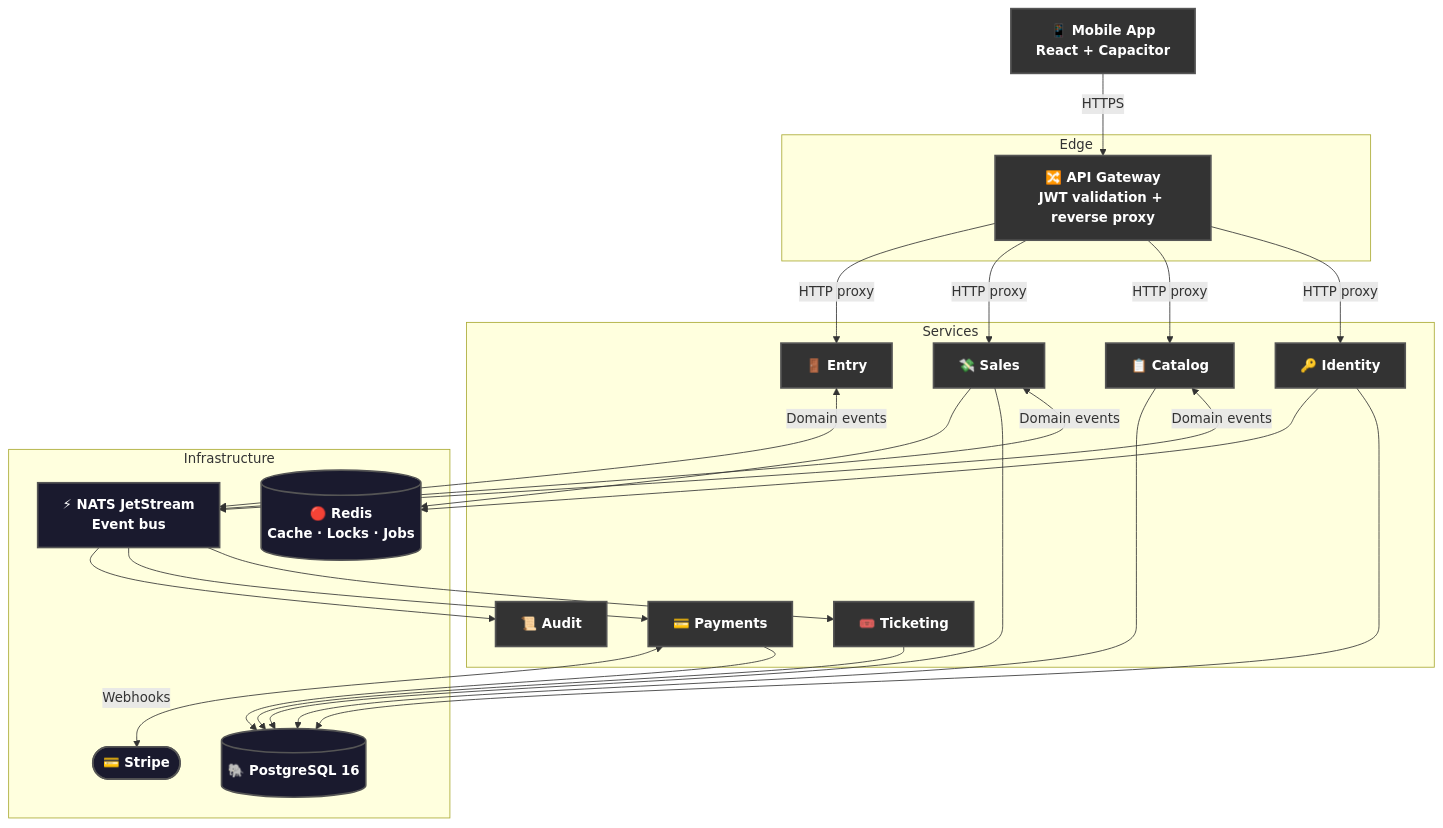
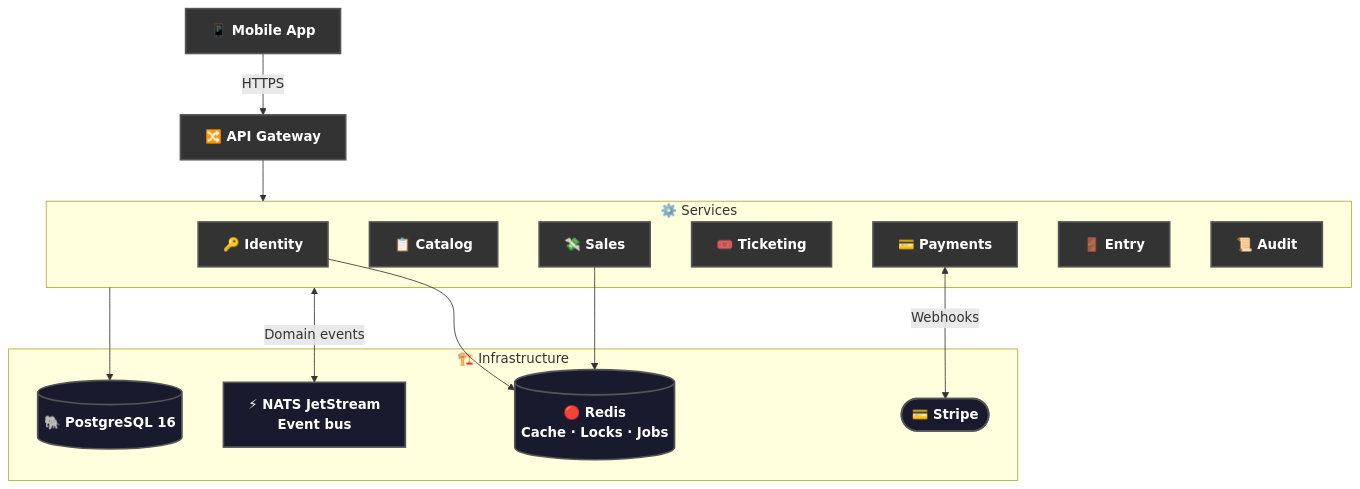
The diagram in README.md (cristiangilsanz/qrew), drawn with Mermaid before and after one commit.

Commit message:
docs: simplify and compact mermaid architecture diagram

````diff
--- a/README.md
+++ b/README.md
@@ -31,48 +31,32 @@
 ```mermaid
 flowchart TB
-    app["📱 Mobile App\nReact + Capacitor"]:::nodeStyle
+    app["📱 Mobile App"]:::n
+    gw["🔀 API Gateway"]:::n
 
-    subgraph Edge
-        gw["🔀 API Gateway\nJWT validation + reverse proxy"]:::nodeStyle
+    subgraph svc["⚙️ Services"]
+        identity["🔑 Identity"]:::n
+        catalog["📋 Catalog"]:::n
+        sales["💸 Sales"]:::n
+        ticketing["🎟️ Ticketing"]:::n
+        payments["💳 Payments"]:::n
+        entry["🚪 Entry"]:::n
+        audit["📜 Audit"]:::n
     end
 
-    subgraph Services
-        identity["🔑 Identity"]:::nodeStyle
-        catalog["📋 Catalog"]:::nodeStyle
-        sales["💸 Sales"]:::nodeStyle
-        ticketing["🎟️ Ticketing"]:::nodeStyle
-        payments["💳 Payments"]:::nodeStyle
-        entry["🚪 Entry"]:::nodeStyle
-        audit["📜 Audit"]:::nodeStyle
+    subgraph infra["🏗️ Infrastructure"]
+        pg[("🐘 PostgreSQL 16")]:::i
+        nats["⚡ NATS JetStream\nEvent bus"]:::i
+        redis[("🔴 Redis\nCache · Locks · Jobs")]:::i
+        stripe(["💳 Stripe"]):::i
     end
 
-    subgraph Infrastructure
-        pg[("🐘 PostgreSQL 16")]:::infraStyle
-        nats["⚡ NATS JetStream\nEvent bus"]:::infraStyle
-        redis[("🔴 Redis\nCache · Locks · Jobs")]:::infraStyle
-        stripe(["💳 Stripe"]):::infraStyle
-    end
+    app -->|HTTPS| gw
+    gw --> svc
+    svc <-->|Domain events| nats
+    svc --> pg
+    identity & sales --> redis
+    payments <-->|Webhooks| stripe
 
-    app -->|"HTTPS"| gw
-    gw -->|"HTTP proxy"| identity
-    gw -->|"HTTP proxy"| catalog
-    gw -->|"HTTP proxy"| sales
-    gw -->|"HTTP proxy"| entry
-    catalog <-->|"Domain events"| nats
-    sales <-->|"Domain events"| nats
-    entry <-->|"Domain events"| nats
-    nats --> ticketing
-    nats --> payments
-    nats --> audit
-    identity --> pg
-    catalog --> pg
-    sales --> pg
-    ticketing --> pg
-    payments --> pg
-    identity --> redis
-    sales --> redis
-    payments <-->|"Webhooks"| stripe
-
-    classDef nodeStyle fill:#333333,color:#ffffff,stroke:#555555,stroke-width:2px,font-weight:bold
-    classDef infraStyle fill:#1a1a2e,color:#ffffff,stroke:#555555,stroke-width:2px,font-weight:bold
+    classDef n fill:#333333,color:#ffffff,stroke:#555555,stroke-width:2px,font-weight:bold
+    classDef i fill:#1a1a2e,color:#ffffff,stroke:#555555,stroke-width:2px,font-weight:bold
 ```
````
